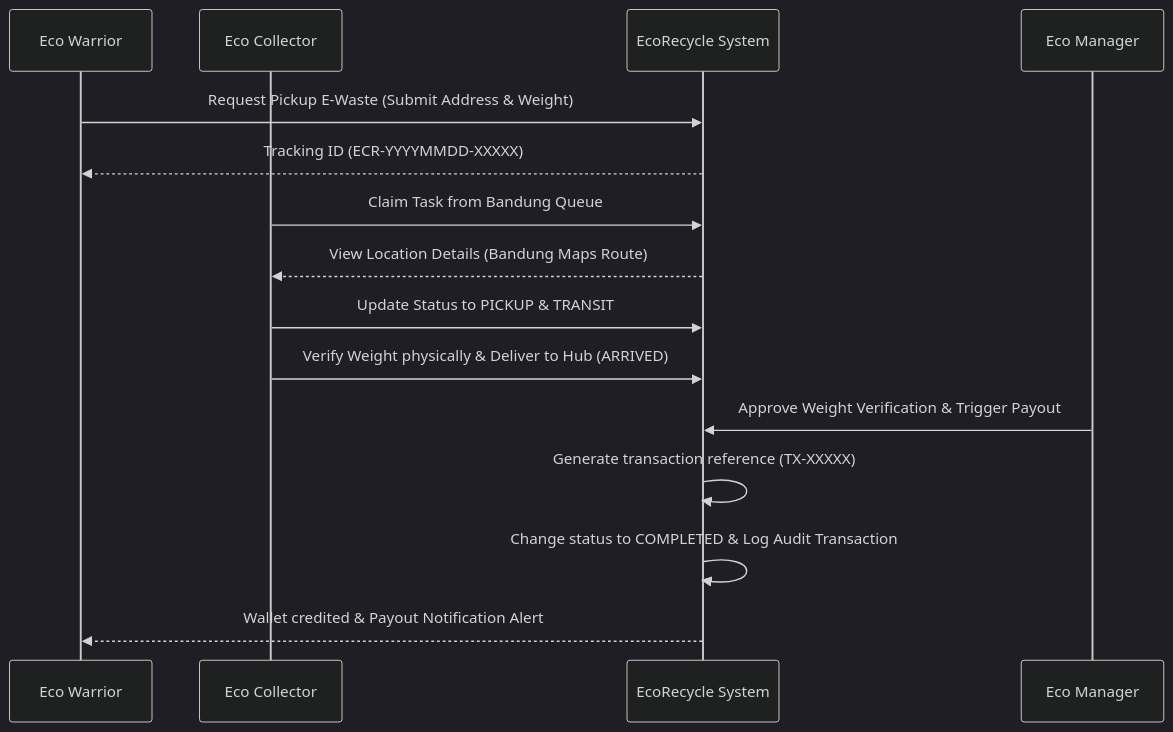
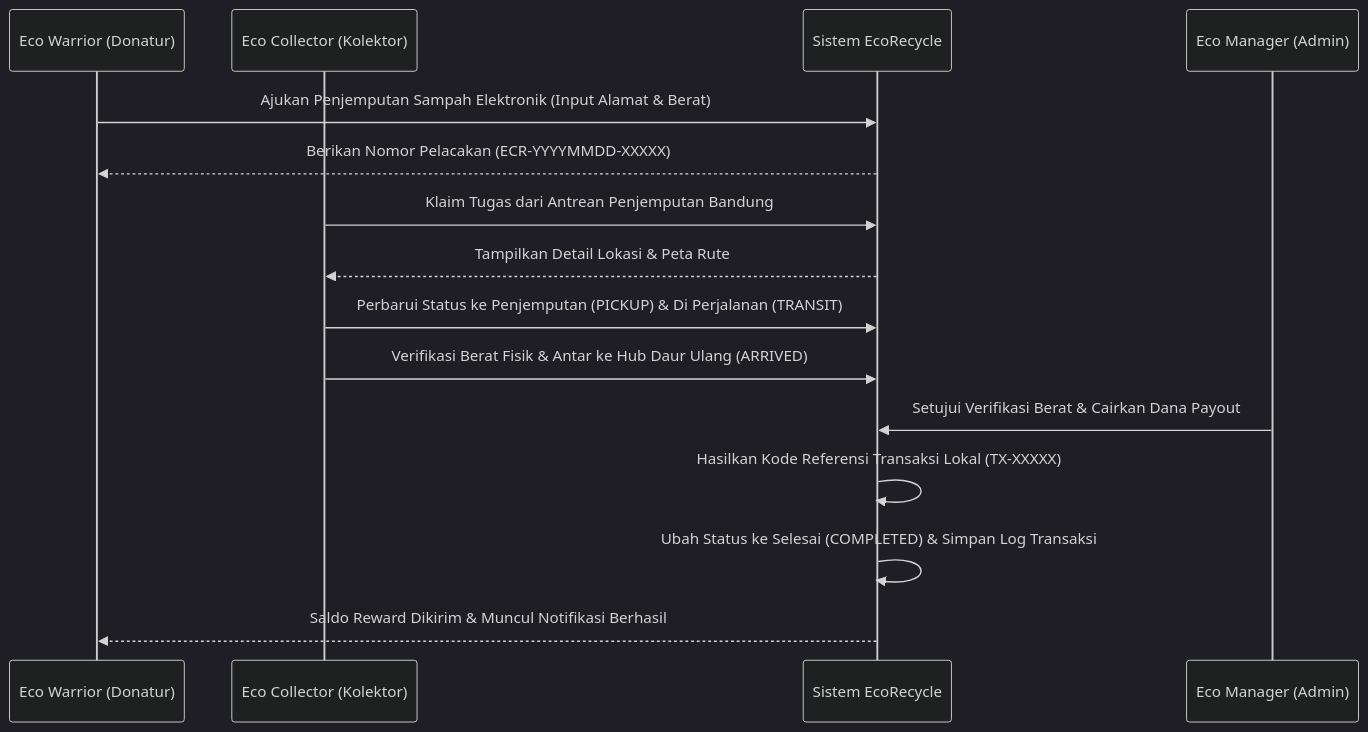
Before and after one commit to azitriyadi/tubes: the diagram in README.md, drawn with Mermaid (dark theme).

````diff
--- a/README.md
+++ b/README.md
@@ -147,18 +147,18 @@
 ```mermaid
 sequenceDiagram
-    participant User as Eco Warrior
-    participant Coll as Eco Collector
-    participant Sys as EcoRecycle System
-    participant Admin as Eco Manager
+    participant User as Eco Warrior (Donatur)
+    participant Coll as Eco Collector (Kolektor)
+    participant Sys as Sistem EcoRecycle
+    participant Admin as Eco Manager (Admin)
 
-    User->>Sys: Request Pickup E-Waste (Submit Address & Weight)
-    Sys-->>User: Tracking ID (ECR-YYYYMMDD-XXXXX)
-    Coll->>Sys: Claim Task from Bandung Queue
-    Sys-->>Coll: View Location Details (Bandung Maps Route)
-    Coll->>Sys: Update Status to PICKUP & TRANSIT
-    Coll->>Sys: Verify Weight physically & Deliver to Hub (ARRIVED)
-    Admin->>Sys: Approve Weight Verification & Trigger Payout
-    Sys->>Sys: Generate transaction reference (TX-XXXXX)
-    Sys->>Sys: Change status to COMPLETED & Log Audit Transaction
-    Sys-->>User: Wallet credited & Payout Notification Alert
+    User->>Sys: Ajukan Penjemputan Sampah Elektronik (Input Alamat & Berat)
+    Sys-->>User: Berikan Nomor Pelacakan (ECR-YYYYMMDD-XXXXX)
+    Coll->>Sys: Klaim Tugas dari Antrean Penjemputan Bandung
+    Sys-->>Coll: Tampilkan Detail Lokasi & Peta Rute
+    Coll->>Sys: Perbarui Status ke Penjemputan (PICKUP) & Di Perjalanan (TRANSIT)
+    Coll->>Sys: Verifikasi Berat Fisik & Antar ke Hub Daur Ulang (ARRIVED)
+    Admin->>Sys: Setujui Verifikasi Berat & Cairkan Dana Payout
+    Sys->>Sys: Hasilkan Kode Referensi Transaksi Lokal (TX-XXXXX)
+    Sys->>Sys: Ubah Status ke Selesai (COMPLETED) & Simpan Log Transaksi
+    Sys-->>User: Saldo Reward Dikirim & Muncul Notifikasi Berhasil
 ```
````
